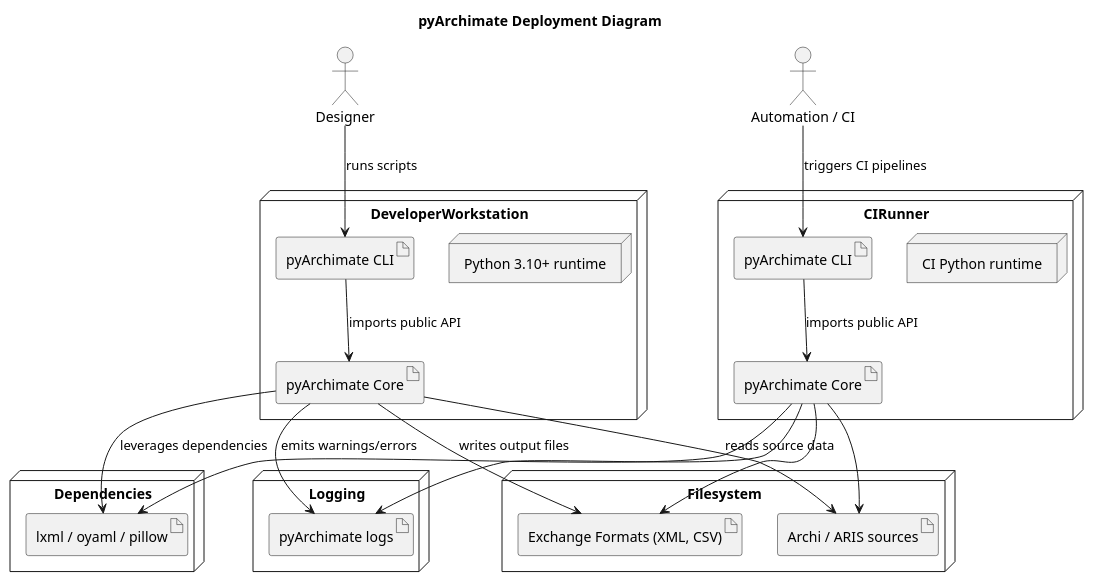
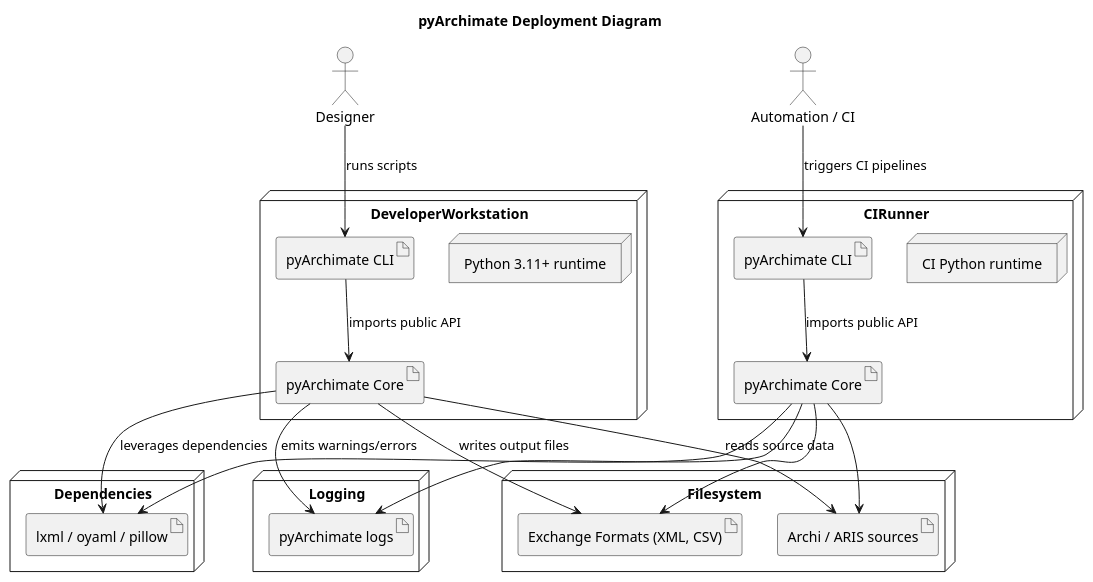
The diagram in docs/diagrams/deployment.puml (pyArchimate/pyArchimate), drawn with PlantUML before and after one commit. The commit also changed 12 other files, not shown here.

```diff
--- a/docs/diagrams/deployment.puml
+++ b/docs/diagrams/deployment.puml
@@ -1,39 +1,39 @@
 @startuml
 title pyArchimate Deployment Diagram
 
 node DeveloperWorkstation {
-  node "Python 3.10+ runtime" as PythonRuntime
+  node "Python 3.11+ runtime" as PythonRuntime
   artifact "pyArchimate CLI" as CLI
   artifact "pyArchimate Core" as Library
 }
 node CIRunner {
   node "CI Python runtime" as PyCI
   artifact "pyArchimate CLI" as CLI_CI
   artifact "pyArchimate Core" as Library_CI
 }
 node Filesystem {
   artifact "Archi / ARIS sources" as Sources
   artifact "Exchange Formats (XML, CSV)" as Exports
 }
 node Logging {
   artifact "pyArchimate logs" as Logs
 }
 node Dependencies {
   artifact "lxml / oyaml / pillow" as Deps
 }
 actor "Designer" as Designer
 actor "Automation / CI" as Automation
 
 Designer --> CLI : runs scripts
 Automation --> CLI_CI : triggers CI pipelines
 CLI --> Library : imports public API
 CLI_CI --> Library_CI : imports public API
 Library --> Deps : leverages dependencies
 Library_CI --> Deps
 Library --> Sources : reads source data
 Library_CI --> Sources
 Library --> Logs : emits warnings/errors
 Library_CI --> Logs
 Library --> Exports : writes output files
 Library_CI --> Exports
 @enduml
```
